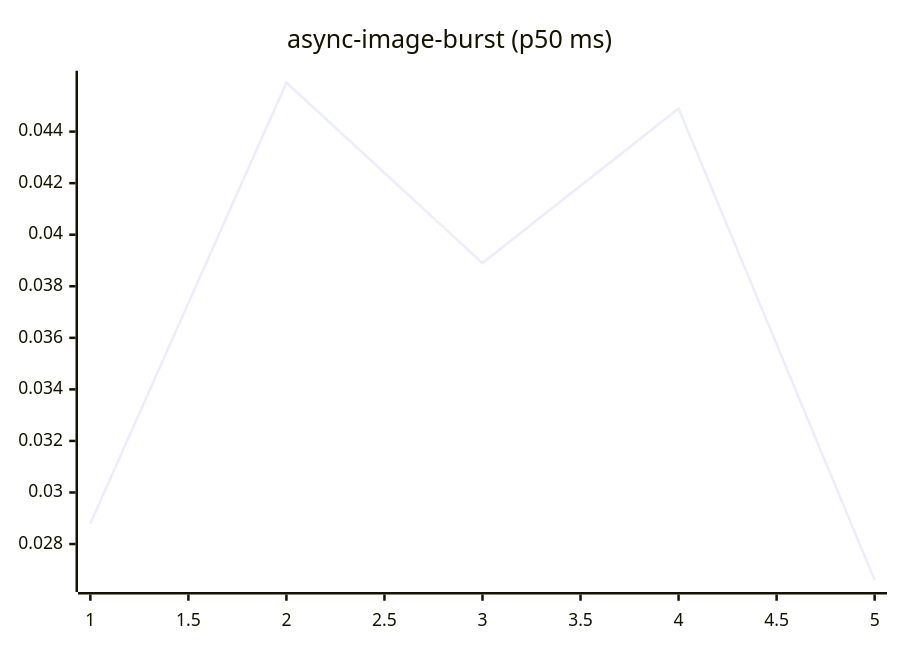
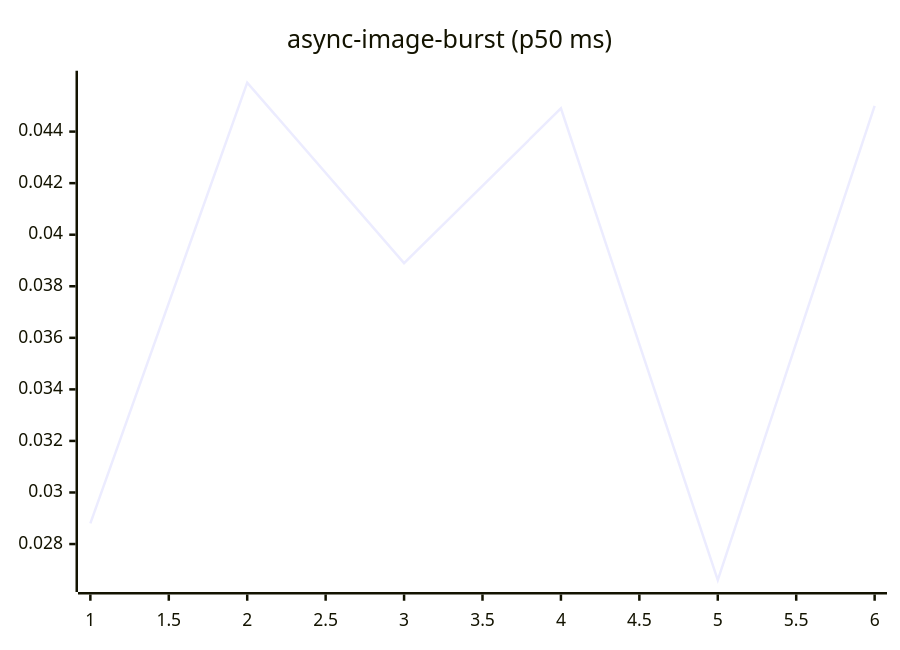
One commit to josha/Facet changed the fourth of 27 diagrams in README.md. Above: the diagram before and after it, drawn with Mermaid. The commit also changed other lines of this file and 2 other files, not shown here.

````diff
--- a/README.md
+++ b/README.md
@@ -84,6 +84,6 @@
 ```mermaid
 xychart-beta
     title "async-image-burst (p50 ms)"
-    x-axis 1 --> 5
-    line [0.0288, 0.0459, 0.0389, 0.0449, 0.0266]
+    x-axis 1 --> 6
+    line [0.0288, 0.0459, 0.0389, 0.0449, 0.0266, 0.0450]
 ```
````
